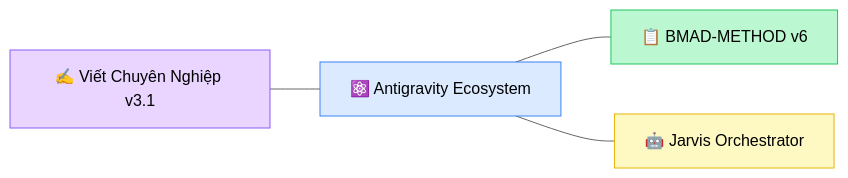
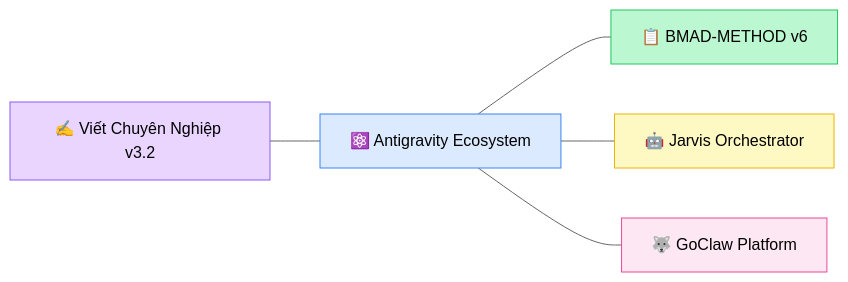
Before and after one commit to xaotiensinh-abm/viet-chuyen-nghiep: the eighth of 8 diagrams in README.md, drawn with Mermaid (neutral theme). The commit also changed other lines of this file, not shown here.

Commit message:
docs: Update README.md for v3.2 — new pipelines, workers, fiction spotlight, architecture diagrams

````diff
--- a/README.md
+++ b/README.md
@@ -485,11 +599,13 @@
 ```mermaid
 graph LR
-    VCP["✍️ Viết Chuyên Nghiệp v3.1"] --- AGV["⚛️ Antigravity Ecosystem"]
+    VCP["✍️ Viết Chuyên Nghiệp v3.2"] --- AGV["⚛️ Antigravity Ecosystem"]
     AGV --- BMAD["📋 BMAD-METHOD v6"]
     AGV --- JARVIS["🤖 Jarvis Orchestrator"]
+    AGV --- GOCLAW["🐺 GoClaw Platform"]
 
     style VCP fill:#e9d5ff,stroke:#8b5cf6,color:#000
     style AGV fill:#dbeafe,stroke:#3b82f6,color:#000
     style BMAD fill:#bbf7d0,stroke:#22c55e,color:#000
     style JARVIS fill:#fef9c3,stroke:#eab308,color:#000
+    style GOCLAW fill:#fce7f3,stroke:#ec4899,color:#000
 ```
````
